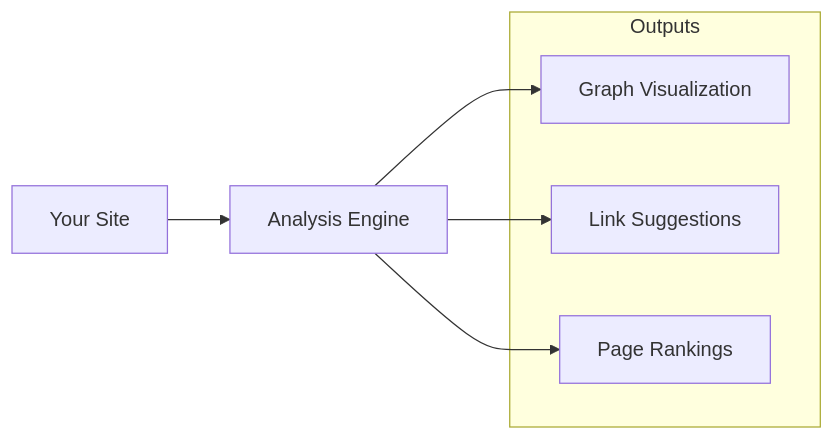
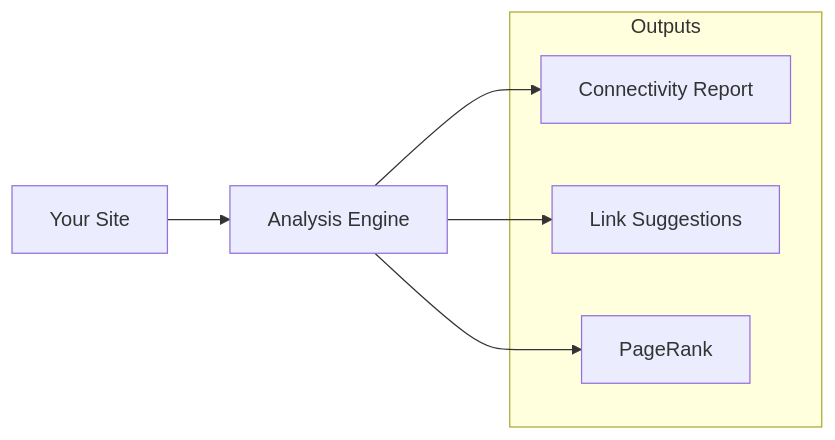
The diagram in site/content/docs/content/analysis/_index.md (lbliii/bengal), drawn with Mermaid before and after one commit. The commit also changed other lines of this file and 90 other files, not shown here.

````diff
--- a/site/content/docs/content/analysis/_index.md
+++ b/site/content/docs/content/analysis/_index.md
@@ -22,14 +22,14 @@
 ```mermaid
 flowchart LR
     A[Your Site] --> B[Analysis Engine]
 
     subgraph Outputs
-        C[Graph Visualization]
+        C[Connectivity Report]
         D[Link Suggestions]
-        E[Page Rankings]
+        E[PageRank]
     end
 
     B --> C
     B --> D
     B --> E
 ```
````
